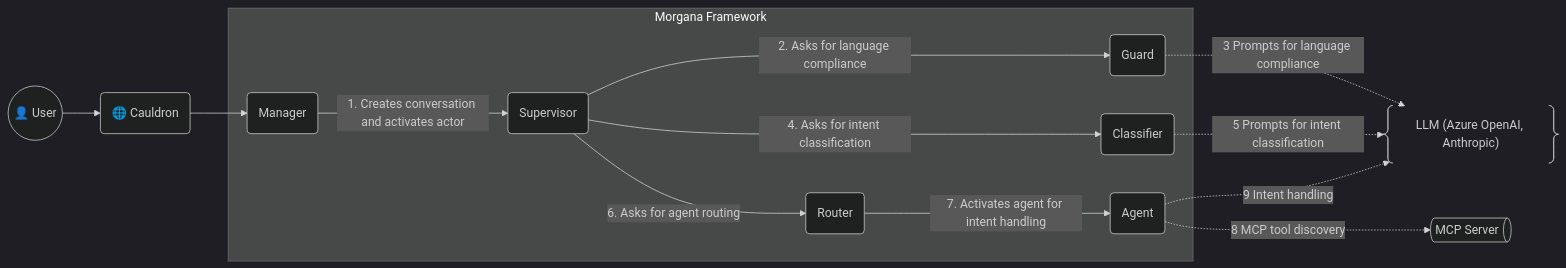
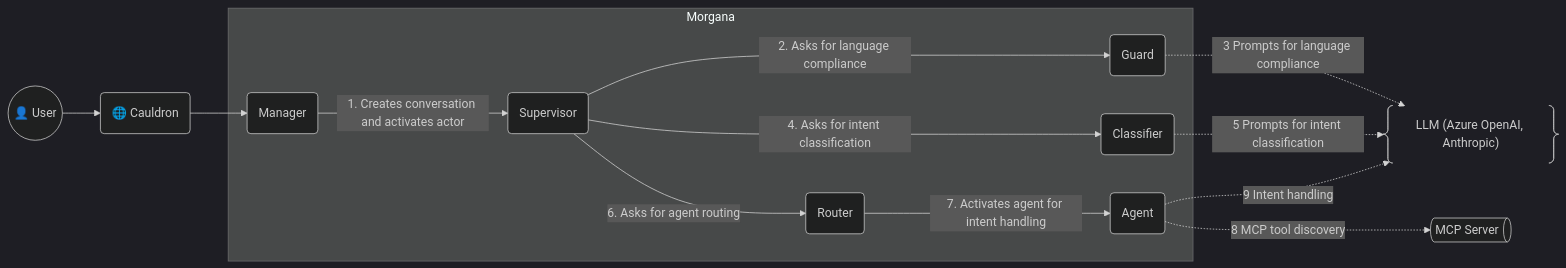
One commit to mdesalvo/Morgana changed the first of 2 diagrams in README.md. Above: the diagram before and after it, drawn with Mermaid (dark theme). The commit also changed other lines of this file, not shown here.

````diff
--- a/README.md
+++ b/README.md
@@ -75,32 +75,32 @@
 ```mermaid
 graph LR
   %% Frontend
   U@{shape: circle, label: "👤 User"} --> CLD@{shape: rounded, label: "🌐 Cauldron"}
 
   %% Backend boundary
-  subgraph Morgana["Morgana Framework"]
+  subgraph Morgana["Morgana"]
     CM@{shape: rounded, label: "Manager"}
     SV@{shape: rounded, label: "Supervisor"}
 
     G@{shape: rounded, label: "Guard"}
     C@{shape: rounded, label: "Classifier"}
     R@{shape: rounded, label: "Router"}
     MA@{shape: rounded, label: "Agent"}
   end
 
   %% FE → BE
   CLD --> CM
   CM -- 1. Creates conversation and activates actor --> SV
 
   %% Internal BE flow
   SV -- 2. Asks for language compliance --> G
   SV -- 4. Asks for intent classification --> C
   SV -- 6. Asks for agent routing --> R
   R -- 7. Activates agent for intent handling --> MA
 
   %% External systems
   G -. 3 Prompts for language compliance .-> LLM@{shape: braces, label: "LLM (Azure OpenAI, Anthropic)"}
   C -. 5 Prompts for intent classification .-> LLM
   MA -. 8 MCP tool discovery .-> MCP@{shape: das, label: "MCP Server"}
   MA -. 9 Intent handling .-> LLM
 ```
````
